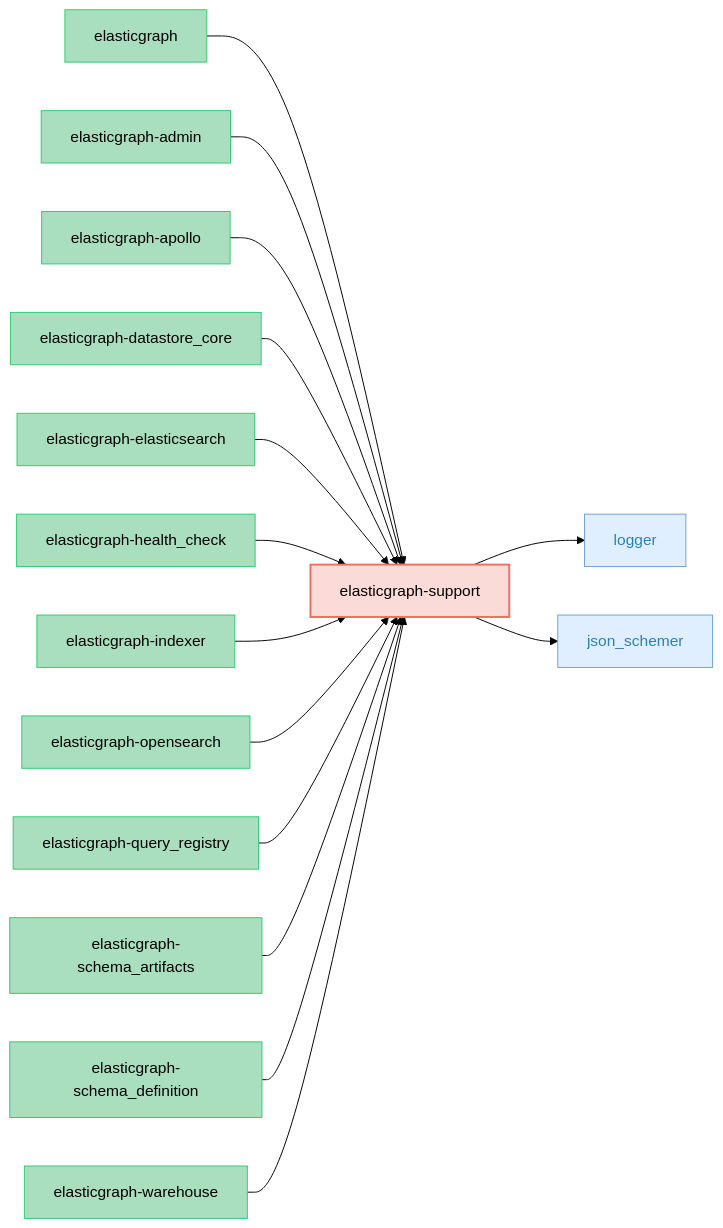
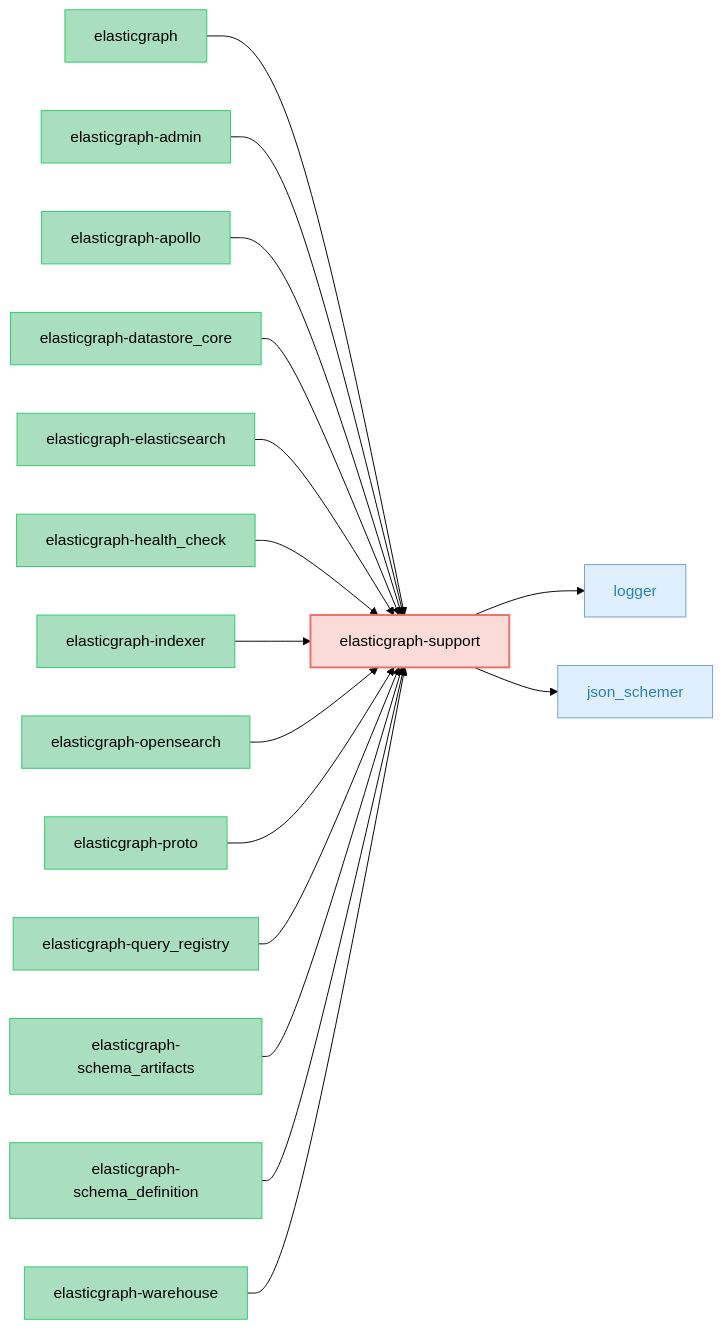
The diagram in elasticgraph-support/README.md (block/elasticgraph), drawn with Mermaid (forest theme) before and after one commit. The commit also changed 1 other file, not shown here.

Commit message:
Update dependency diagrams for elasticgraph-proto

````diff
--- a/elasticgraph-support/README.md
+++ b/elasticgraph-support/README.md
@@ -14,52 +14,55 @@
 ```mermaid
 graph LR;
     classDef targetGemStyle fill:#FADBD8,stroke:#EC7063,color:#000,stroke-width:2px;
     classDef otherEgGemStyle fill:#A9DFBF,stroke:#2ECC71,color:#000;
     classDef externalGemStyle fill:#E0EFFF,stroke:#70A1D7,color:#2980B9;
     elasticgraph-support["elasticgraph-support"];
     class elasticgraph-support targetGemStyle;
     logger["logger"];
     elasticgraph-support --> logger;
     class logger externalGemStyle;
     json_schemer["json_schemer"];
     elasticgraph-support --> json_schemer;
     class json_schemer externalGemStyle;
     elasticgraph["elasticgraph"];
     elasticgraph --> elasticgraph-support;
     class elasticgraph otherEgGemStyle;
     elasticgraph-admin["elasticgraph-admin"];
     elasticgraph-admin --> elasticgraph-support;
     class elasticgraph-admin otherEgGemStyle;
     elasticgraph-apollo["elasticgraph-apollo"];
     elasticgraph-apollo --> elasticgraph-support;
     class elasticgraph-apollo otherEgGemStyle;
     elasticgraph-datastore_core["elasticgraph-datastore_core"];
     elasticgraph-datastore_core --> elasticgraph-support;
     class elasticgraph-datastore_core otherEgGemStyle;
     elasticgraph-elasticsearch["elasticgraph-elasticsearch"];
     elasticgraph-elasticsearch --> elasticgraph-support;
     class elasticgraph-elasticsearch otherEgGemStyle;
     elasticgraph-health_check["elasticgraph-health_check"];
     elasticgraph-health_check --> elasticgraph-support;
     class elasticgraph-health_check otherEgGemStyle;
     elasticgraph-indexer["elasticgraph-indexer"];
     elasticgraph-indexer --> elasticgraph-support;
     class elasticgraph-indexer otherEgGemStyle;
     elasticgraph-opensearch["elasticgraph-opensearch"];
     elasticgraph-opensearch --> elasticgraph-support;
     class elasticgraph-opensearch otherEgGemStyle;
+    elasticgraph-proto["elasticgraph-proto"];
+    elasticgraph-proto --> elasticgraph-support;
+    class elasticgraph-proto otherEgGemStyle;
     elasticgraph-query_registry["elasticgraph-query_registry"];
     elasticgraph-query_registry --> elasticgraph-support;
     class elasticgraph-query_registry otherEgGemStyle;
     elasticgraph-schema_artifacts["elasticgraph-schema_artifacts"];
     elasticgraph-schema_artifacts --> elasticgraph-support;
     class elasticgraph-schema_artifacts otherEgGemStyle;
     elasticgraph-schema_definition["elasticgraph-schema_definition"];
     elasticgraph-schema_definition --> elasticgraph-support;
     class elasticgraph-schema_definition otherEgGemStyle;
     elasticgraph-warehouse["elasticgraph-warehouse"];
     elasticgraph-warehouse --> elasticgraph-support;
     class elasticgraph-warehouse otherEgGemStyle;
     click logger href "https://rubygems.org/gems/logger" "Open on RubyGems.org" _blank;
     click json_schemer href "https://rubygems.org/gems/json_schemer" "Open on RubyGems.org" _blank;
 ```
````
